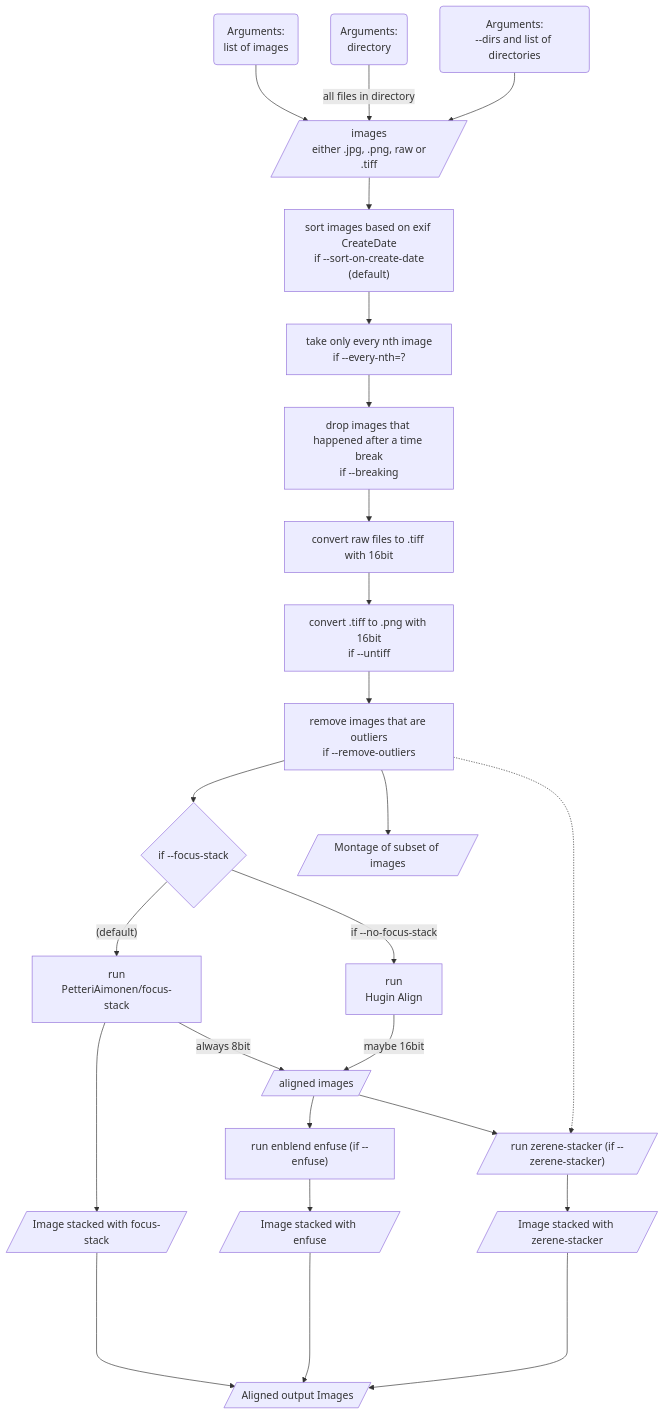
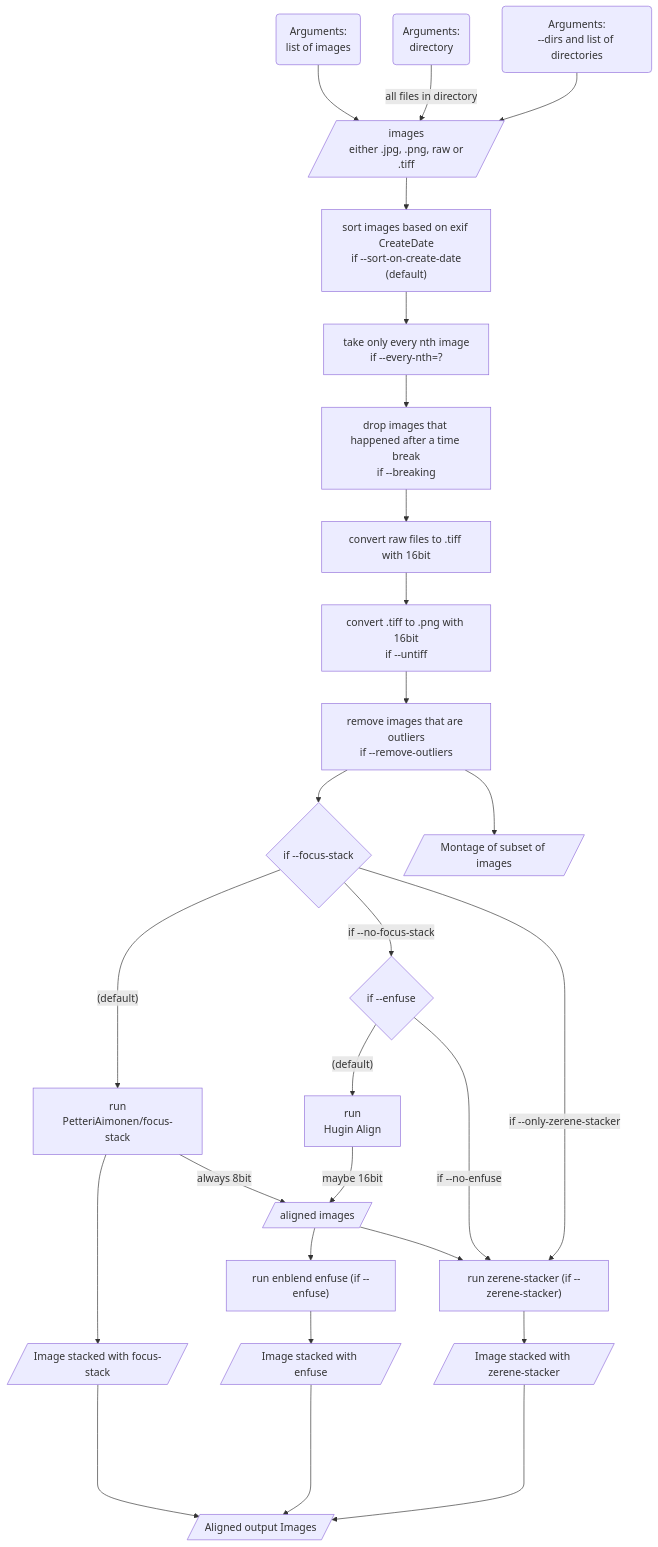
The diagram in README.md (maxhbr/myphoto), drawn with Mermaid before and after one commit. The commit also changed 3 other files, not shown here.

Commit message:
add --only-zerene-stacker flag

````diff
--- a/README.md
+++ b/README.md
@@ -7,32 +7,34 @@
 ```mermaid
   graph TD;
       A1("Arguments:\nlist of images");
       A2("Arguments:\ndirectory");
       A3("Arguments:\n--dirs and list of directories");
       A1 --> A[/"images\n either .jpg, .png, raw or .tiff"/];
       A2 -- "all files in directory" --> A;
       A3 --> A;
       A --> B["sort images based on exif CreateDate\nif --sort-on-create-date\n(default)"];
       B --> C["take only every nth image\nif --every-nth=?"];
       C --> D["drop images that happened after a time break\nif --breaking"];
       D --> E["convert raw files to .tiff with 16bit"];
       E --> F["convert .tiff to .png with 16bit\nif --untiff"];
       F --> G["remove images that are outliers\nif --remove-outliers"];
       G --> G'{"if --focus-stack"}
       G' -- "(default)" --> H1["run\nPetteriAimonen/focus-stack"];
-      G' -- "if --no-focus-stack" --> H2["run\nHugin Align"]
+      G' -- "if --no-focus-stack" --> H2'{"if --enfuse"}
+      H2' -- "(default)" --> H2["run\nHugin Align"]
       H1 --> Z1[/"Image stacked with focus-stack"/]
       H1 -- "always 8bit" --> I[/"aligned images"/]
       H2 -- "maybe 16bit" --> I
       I --> J["run enblend enfuse (if --enfuse)"]
       J --> Z2[/"Image stacked with enfuse"/]
-      I --> K[/"run zerene-stacker (if --zerene-stacker)"/]
-      G -.-> K
+      I --> K["run zerene-stacker (if --zerene-stacker)"]
+      H2' -- "if --no-enfuse" --> K
       K --> Z3[/"Image stacked with zerene-stacker"/]
       G --> ZZ[/"Montage of subset of images"/]
+      G' -- "if --only-zerene-stacker" --> K
 
       Z1 -----> ZA[/"Aligned output Images"/]
       Z2 -----> ZA
       Z3 -----> ZA
 
 ```
````
